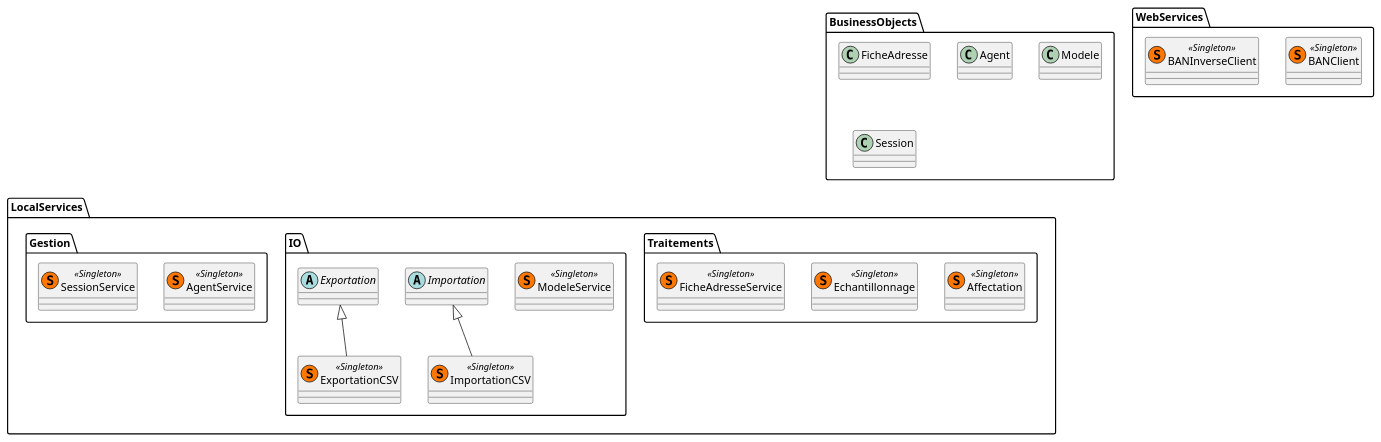
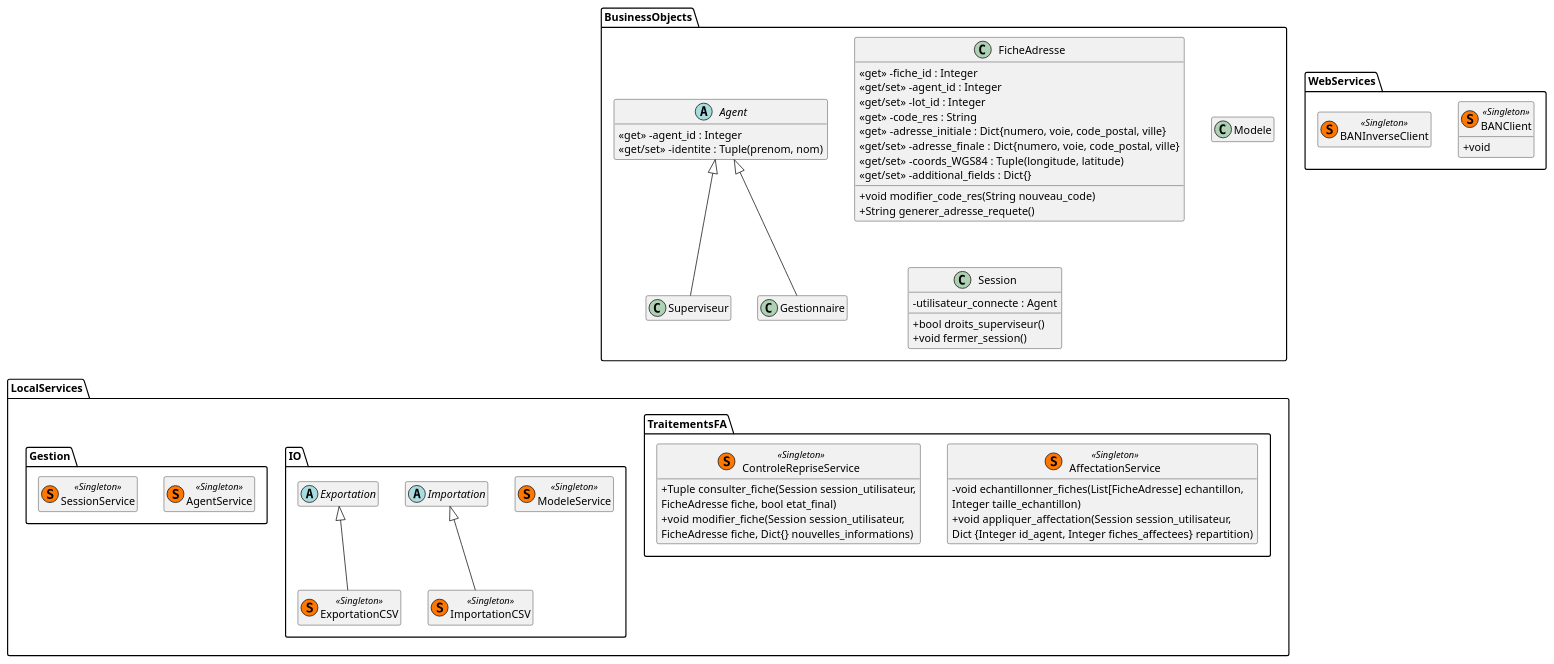
Before and after one commit to itsame-mcl/PSyCoQuAC: the diagram in uml/diag_classes_business.puml, drawn with PlantUML.

Commit message:
UML Diagramme de Classe MàJ

```diff
--- a/uml/diag_classes_business.puml
+++ b/uml/diag_classes_business.puml
@@ -1,28 +1,64 @@
 @startuml "classes_business"
-class BusinessObjects.FicheAdresse
+skinparam classAttributeIconSize 0
+hide empty members
+
+class BusinessObjects.FicheAdresse {
+    <<get>> -fiche_id : Integer
+    <<get/set>> -agent_id : Integer
+    <<get/set>> -lot_id : Integer
+    <<get>> -code_res : String
+    {field} <<get>> -adresse_initiale : Dict{numero, voie, code_postal, ville}
+    {field} <<get/set>> -adresse_finale : Dict{numero, voie, code_postal, ville}
+    {field} <<get/set>> -coords_WGS84 : Tuple(longitude, latitude)
+    <<get/set>> -additional_fields : Dict{}
+    +void modifier_code_res(String nouveau_code)
+    +String generer_adresse_requete()
+}
+abstract BusinessObjects.Agent {
+    <<get>> -agent_id : Integer
+    {field} <<get/set>> -identite : Tuple(prenom, nom)
+}
+class BusinessObjects.Superviseur
+class BusinessObjects.Gestionnaire
+BusinessObjects.Agent <|-- BusinessObjects.Superviseur
+BusinessObjects.Agent <|-- BusinessObjects.Gestionnaire
 class BusinessObjects.Modele
-class BusinessObjects.Agent
-class BusinessObjects.Session
+class BusinessObjects.Session {
+    -utilisateur_connecte : Agent
+    +bool droits_superviseur()
+    +void fermer_session()
+}
 
-class LocalServices.Traitements.Affectation << (S,#FF7700) Singleton >>
-class LocalServices.Traitements.Echantillonnage << (S,#FF7700) Singleton >>
-class LocalServices.Traitements.FicheAdresseService << (S,#FF7700) Singleton >>
+class LocalServices.TraitementsFA.AffectationService << (S,#FF7700) Singleton >> {
+    -void echantillonner_fiches(List[FicheAdresse] echantillon,
+    Integer taille_echantillon)
+    +void appliquer_affectation(Session session_utilisateur,
+    Dict {Integer id_agent, Integer fiches_affectees} repartition)
+}
+class LocalServices.TraitementsFA.ControleRepriseService << (S,#FF7700) Singleton >> {
+    +Tuple consulter_fiche(Session session_utilisateur,
+    FicheAdresse fiche, bool etat_final)
+    +void modifier_fiche(Session session_utilisateur,
+    FicheAdresse fiche, Dict{} nouvelles_informations)
+}
 
 abstract LocalServices.IO.Importation
 class LocalServices.IO.ImportationCSV << (S,#FF7700) Singleton >>
 LocalServices.IO.Importation <|-- LocalServices.IO.ImportationCSV
 abstract LocalServices.IO.Exportation
 class LocalServices.IO.ExportationCSV << (S,#FF7700) Singleton >>
 LocalServices.IO.Exportation <|-- LocalServices.IO.ExportationCSV
 class LocalServices.IO.ModeleService << (S,#FF7700) Singleton >>    
 
 class LocalServices.Gestion.SessionService << (S,#FF7700) Singleton >>
 class LocalServices.Gestion.AgentService << (S,#FF7700) Singleton >>
 
-class WebServices.BANClient << (S,#FF7700) Singleton >>
+class WebServices.BANClient << (S,#FF7700) Singleton >> {
+    +void 
+}
 class WebServices.BANInverseClient << (S,#FF7700) Singleton >>
 
-BusinessObjects.Agent -[hidden]--> LocalServices.Traitements.Affectation
-LocalServices.Traitements.Affectation -[hidden]> LocalServices.IO.ModeleService
+BusinessObjects.Agent -[hidden]--> LocalServices.TraitementsFA.AffectationService
+LocalServices.TraitementsFA.AffectationService -[hidden]> LocalServices.IO.ModeleService
 LocalServices.IO.ModeleService -[hidden]> LocalServices.Gestion.AgentService
 @enduml
```
